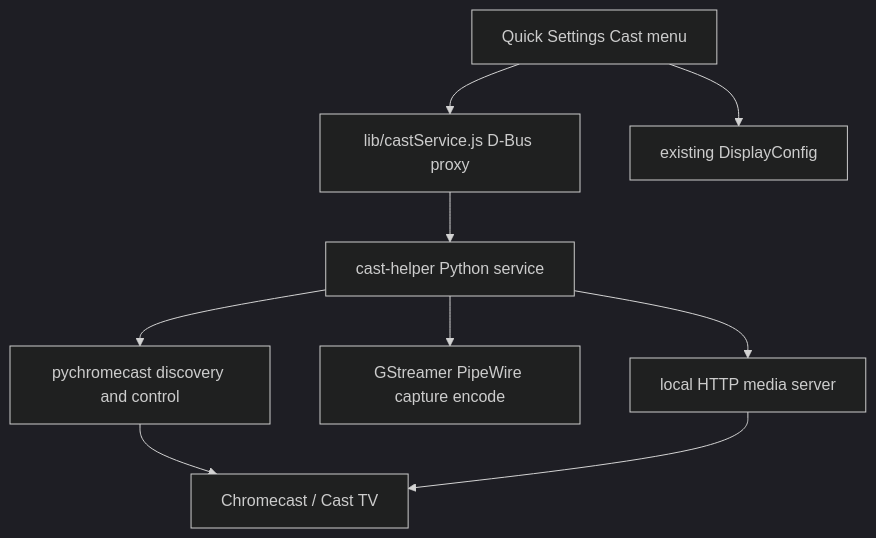
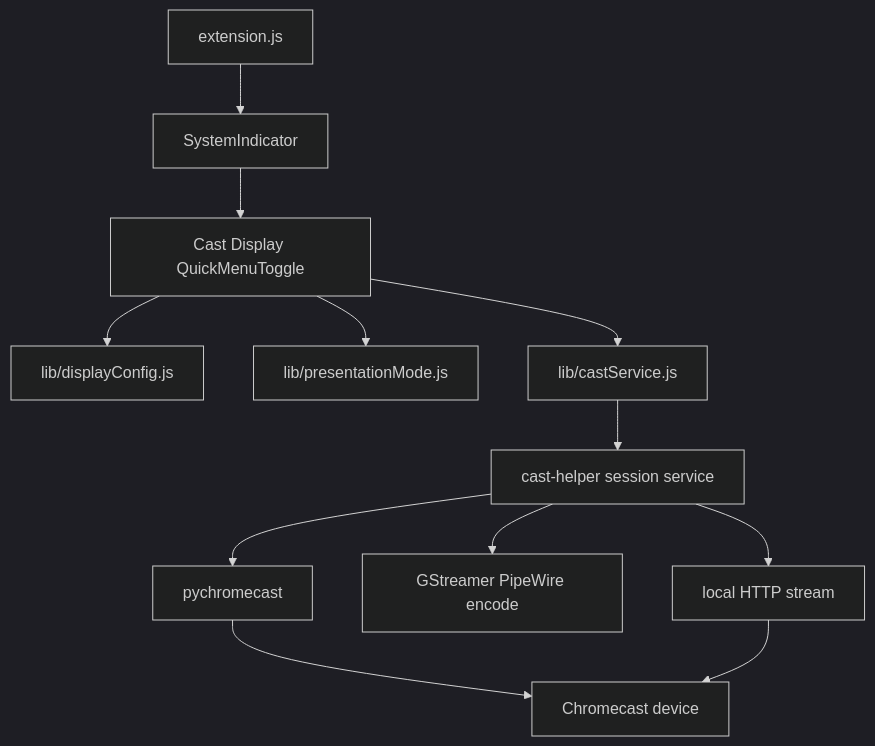
Before and after one commit to MatoloJr/cast: the diagram in .cursor/plans/cast_phase_2_plan_e3f3df1a.plan.md, drawn with Mermaid (dark theme). The commit also changed other lines of this file, not shown here.

Commit message:
Consolidate Quick Settings for Cast Display: merge Displays and Presentation into a single menu, update helper functionalities, and clarify Phase 2 goals in documentation.

````diff
--- a/.cursor/plans/cast_phase_2_plan_e3f3df1a.plan.md
+++ b/.cursor/plans/cast_phase_2_plan_e3f3df1a.plan.md
@@ -51,11 +98,14 @@
 ```mermaid
 flowchart TD
-  QS[Quick Settings Cast menu] --> Proxy[lib/castService.js D-Bus proxy]
-  QS --> DC[existing DisplayConfig]
-  Proxy --> Helper[cast-helper Python service]
-  Helper --> PC[pychromecast discovery and control]
-  Helper --> GST[GStreamer PipeWire capture encode]
-  Helper --> HTTP[local HTTP media server]
-  PC --> Device[Chromecast / Cast TV]
-  HTTP --> Device
+  Ext[extension.js] --> Ind[SystemIndicator]
+  Ind --> Menu[Cast Display QuickMenuToggle]
+  Menu --> DC[lib/displayConfig.js]
+  Menu --> PM[lib/presentationMode.js]
+  Menu --> CS[lib/castService.js]
+  CS --> Helper[cast-helper session service]
+  Helper --> PC[pychromecast]
+  Helper --> GST[GStreamer PipeWire encode]
+  Helper --> HTTP[local HTTP stream]
+  PC --> TV[Chromecast device]
+  HTTP --> TV
 ```
````
